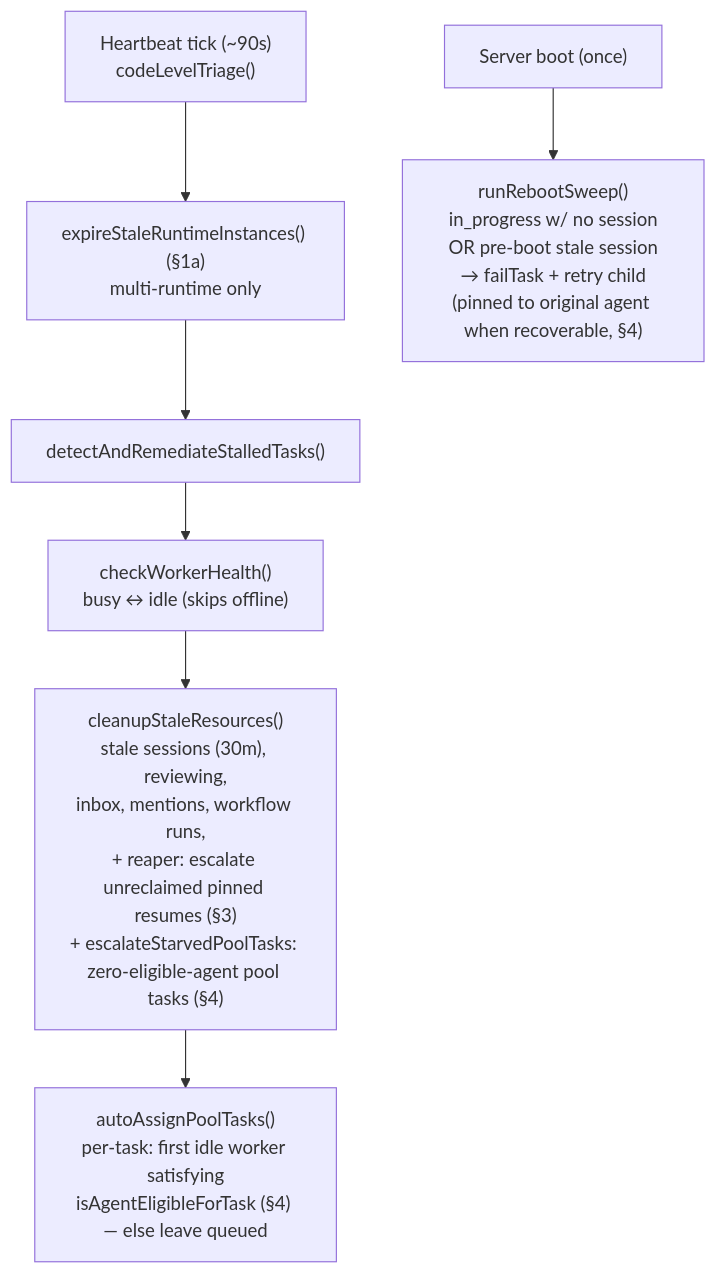
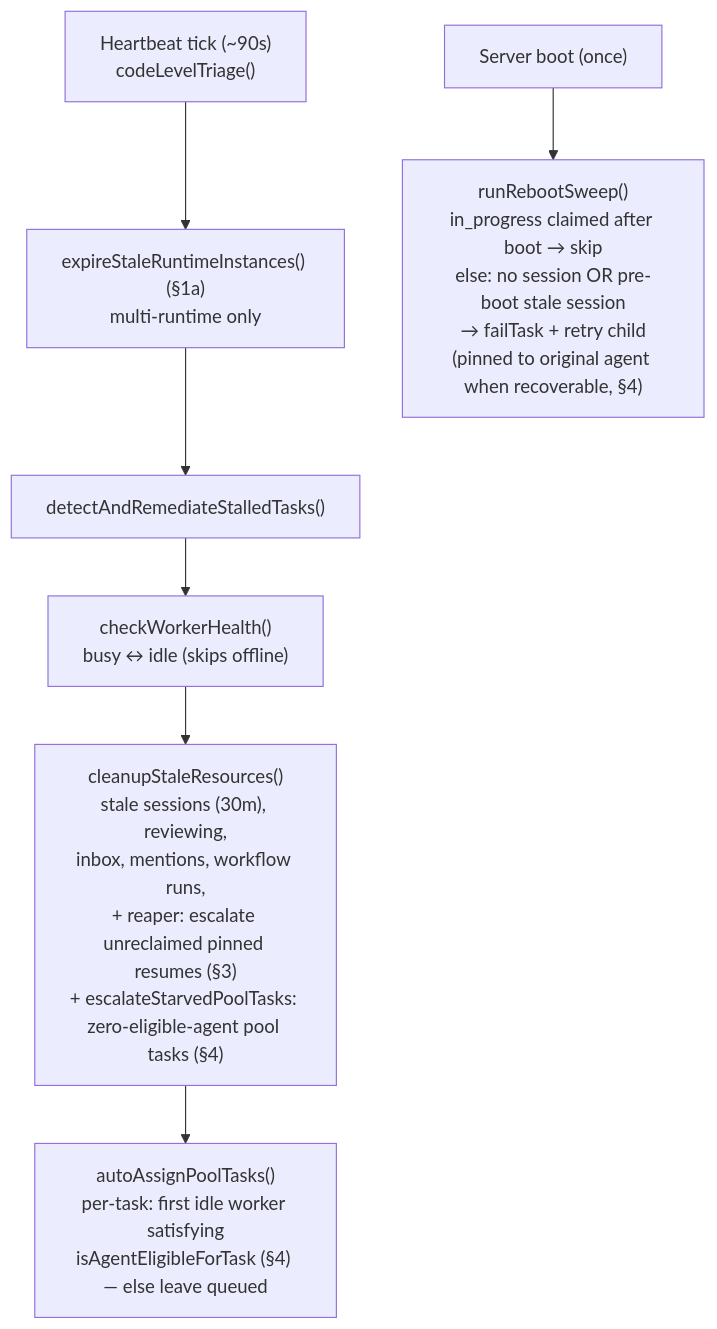
The first of 4 diagrams in runbooks/heartbeat-crash-recovery.md (desplega-ai/agent-swarm), drawn with Mermaid before and after one commit. The commit also changed other lines of this file and 5 other files, not shown here.

````diff
--- a/runbooks/heartbeat-crash-recovery.md
+++ b/runbooks/heartbeat-crash-recovery.md
@@ -15,10 +15,10 @@
 ```mermaid
 flowchart TD
   tick["Heartbeat tick (~90s)<br/>codeLevelTriage()"] --> expire["expireStaleRuntimeInstances() (§1a)<br/>multi-runtime only"]
   expire --> detect["detectAndRemediateStalledTasks()"]
   detect --> health["checkWorkerHealth()<br/>busy ↔ idle (skips offline)"]
   health --> cleanup["cleanupStaleResources()<br/>stale sessions (30m), reviewing,<br/>inbox, mentions, workflow runs,<br/>+ reaper: escalate unreclaimed pinned resumes (§3)<br/>+ escalateStarvedPoolTasks: zero-eligible-agent pool tasks (§4)"]
   cleanup --> assign["autoAssignPoolTasks()<br/>per-task: first idle worker satisfying<br/>isAgentEligibleForTask (§4) — else leave queued"]
 
-  boot["Server boot (once)"] --> reboot["runRebootSweep()<br/>in_progress w/ no session<br/>OR pre-boot stale session<br/>→ failTask + retry child<br/>(pinned to original agent when recoverable, §4)"]
+  boot["Server boot (once)"] --> reboot["runRebootSweep()<br/>in_progress claimed after boot → skip<br/>else: no session OR pre-boot stale session<br/>→ failTask + retry child<br/>(pinned to original agent when recoverable, §4)"]
 ```
````
